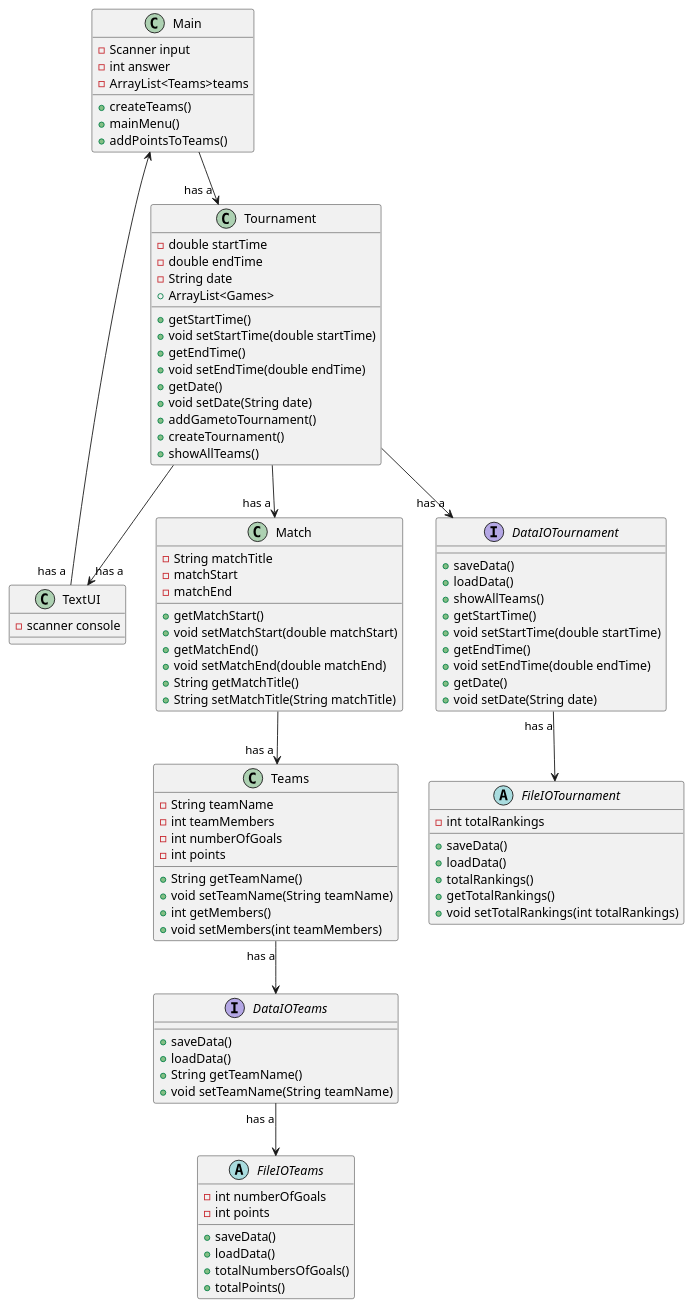
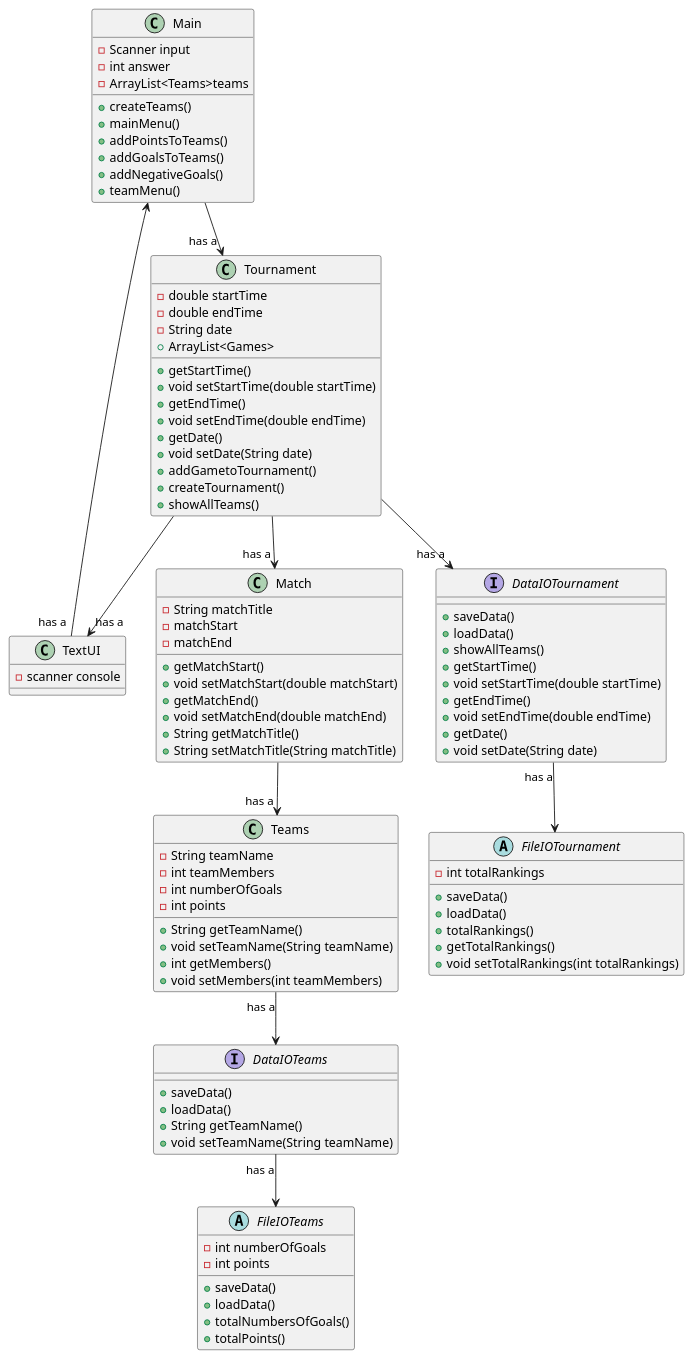
One commit to Ravnkilde1995/F22SP3-GroupJ changed the diagram in src/dokumentation/ClassDiagram.puml. Above: the diagram before and after it, drawn with PlantUML. The commit also changed 2 other files, not shown here.

Commit message:
Updated ClassDiagram.
added mainMenu in main
added points to team in main
added create a team in main
added teamMenu
added negativeGoals
added goals to teammenu

```diff
--- a/src/dokumentation/ClassDiagram.puml
+++ b/src/dokumentation/ClassDiagram.puml
@@ -1,104 +1,107 @@
 @startuml
 
 Main --> "has a "Tournament
 Tournament --> "has a "TextUI
 Match --> "has a " Teams
 Tournament --> "has a " Match
 TextUI "has a "--> Main
 Tournament --> "has a" DataIOTournament
 Teams "has a"-->  DataIOTeams
 DataIOTeams "has a" --> FileIOTeams
 DataIOTournament "has a"-->FileIOTournament
 
 
 Class Main {
 - Scanner input
 - int answer
 -ArrayList<Teams>teams
 + createTeams()
 + mainMenu()
 +addPointsToTeams()
++addGoalsToTeams()
++addNegativeGoals()
++teamMenu()
 
 }
 
 Class Tournament {
 - double startTime
 - double endTime
 - String date
 + ArrayList<Games>
 + getStartTime()
 + void setStartTime(double startTime)
 + getEndTime()
 + void setEndTime(double endTime)
 + getDate()
 + void setDate(String date)
 + addGametoTournament()
 + createTournament()
 + showAllTeams()
 
 }
 
 Class Teams {
 - String teamName
 - int teamMembers
 - int numberOfGoals
 - int points
 + String getTeamName()
 + void setTeamName(String teamName)
 + int getMembers()
 + void setMembers(int teamMembers)
 }
 
 Class TextUI {
 - scanner console
 }
 
 Class Match {
 - String matchTitle
 - matchStart
 - matchEnd
 + getMatchStart()
 + void setMatchStart(double matchStart)
 +getMatchEnd()
 + void setMatchEnd(double matchEnd)
 + String getMatchTitle()
 + String setMatchTitle(String matchTitle)
 }
 interface DataIOTeams{
 + saveData()
 + loadData()
 + String getTeamName()
 + void setTeamName(String teamName)
 }
 abstract FileIOTeams{
 - int numberOfGoals
 - int points
 + saveData()
 + loadData()
 + totalNumbersOfGoals()
 +totalPoints()
 }
 
 interface DataIOTournament{
 + saveData()
 + loadData()
 + showAllTeams()
 + getStartTime()
 + void setStartTime(double startTime)
 + getEndTime()
 + void setEndTime(double endTime)
 + getDate()
 + void setDate(String date)
 
 }
 abstract FileIOTournament{
 - int totalRankings
 +saveData()
 + loadData()
 +totalRankings()
 +getTotalRankings()
 +void setTotalRankings(int totalRankings)
 }
 
 
 @enduml
```
